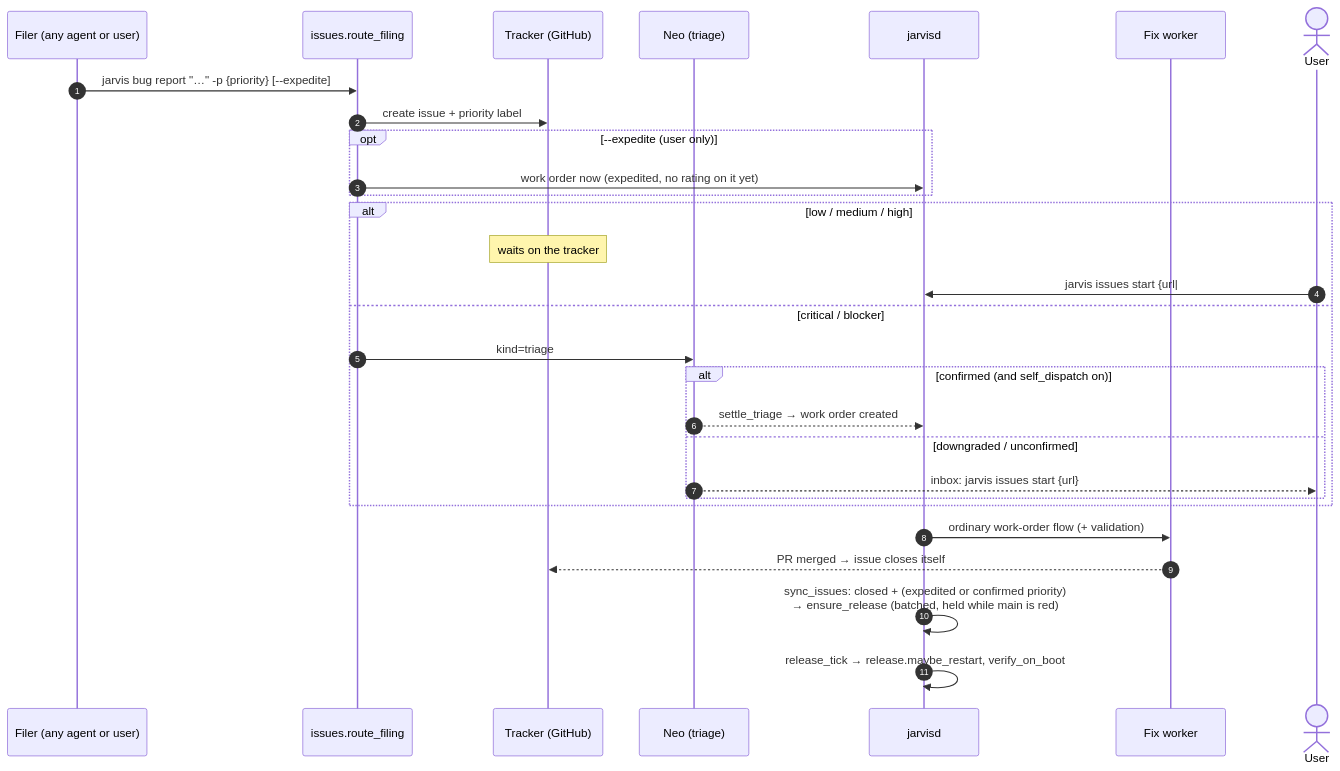
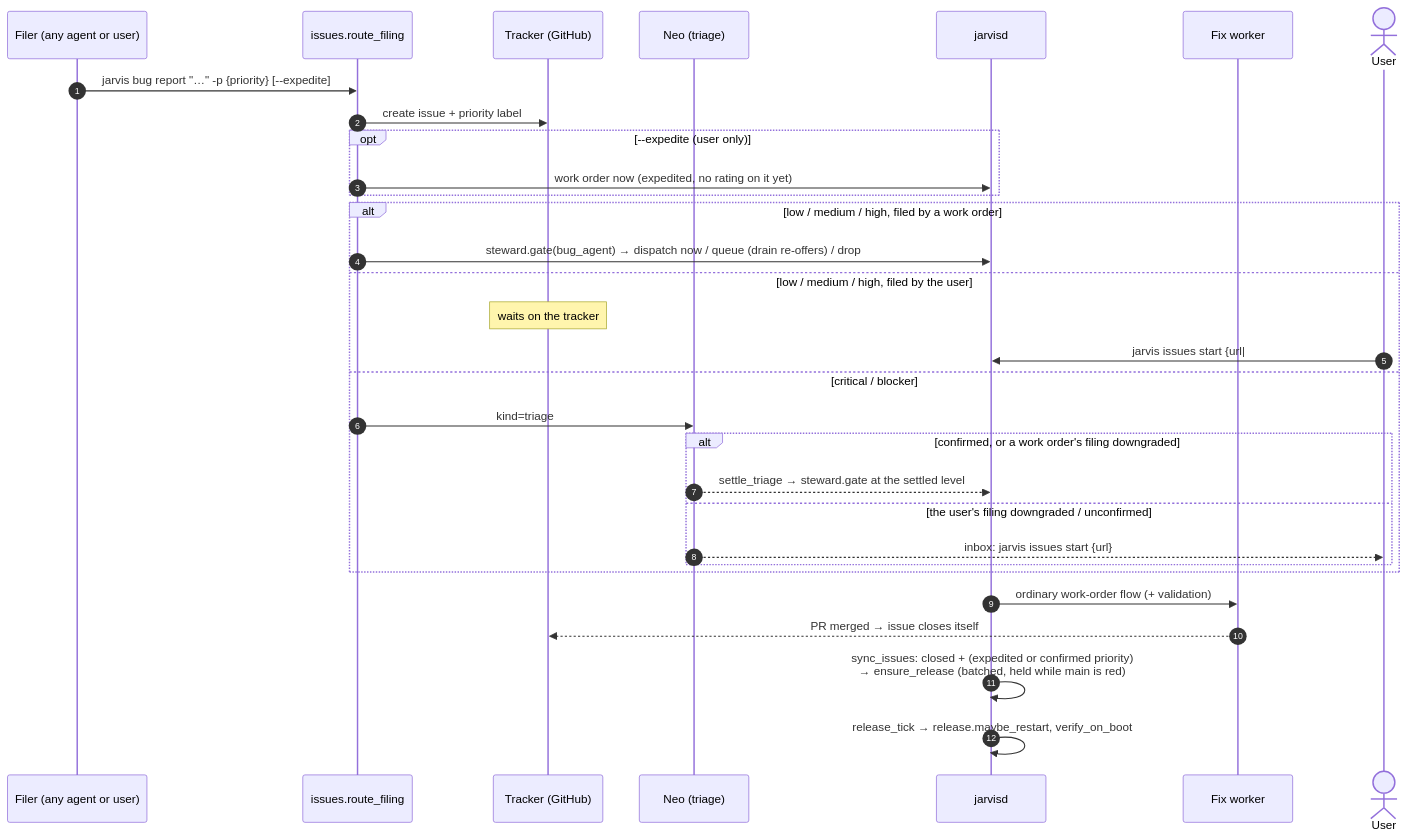
Before and after one commit to gonandrap/agentic_os: the diagram in docs/os/architecture/agents/bugs-and-releases.md, drawn with Mermaid. The commit also changed other lines of this file and 12 other files, not shown here.

First line of the commit message:
[wo-b59a21b1] Worker-filed bugs go to the steward at every priority

````diff
--- a/docs/os/architecture/agents/bugs-and-releases.md
+++ b/docs/os/architecture/agents/bugs-and-releases.md
@@ -14,32 +15,34 @@
 ```mermaid
 sequenceDiagram
     autonumber
     participant F as Filer (any agent or user)
     participant I as issues.route_filing
     participant GH as Tracker (GitHub)
     participant N as Neo (triage)
     participant D as jarvisd
     participant W as Fix worker
     actor U as User
 
     F->>I: jarvis bug report "…" -p {priority} [--expedite]
     I->>GH: create issue + priority label
     opt --expedite (user only)
         I->>D: work order now (expedited, no rating on it yet)
     end
-    alt low / medium / high
+    alt low / medium / high, filed by a work order
+        I->>D: steward.gate(bug_agent) → dispatch now / queue (drain re-offers) / drop
+    else low / medium / high, filed by the user
         Note over GH: waits on the tracker
         U->>D: jarvis issues start {url|#n}
     else critical / blocker
         I->>N: kind=triage
-        alt confirmed (and self_dispatch on)
-            N-->>D: settle_triage → work order created
-        else downgraded / unconfirmed
+        alt confirmed, or a work order's filing downgraded
+            N-->>D: settle_triage → steward.gate at the settled level
+        else the user's filing downgraded / unconfirmed
             N-->>U: inbox: jarvis issues start {url}
         end
     end
     D->>W: ordinary work-order flow (+ validation)
     W-->>GH: PR merged → issue closes itself
     D->>D: sync_issues: closed + (expedited or confirmed priority)<br/>→ ensure_release (batched, held while main is red)
     D->>D: release_tick → release.maybe_restart, verify_on_boot
 ```
````
